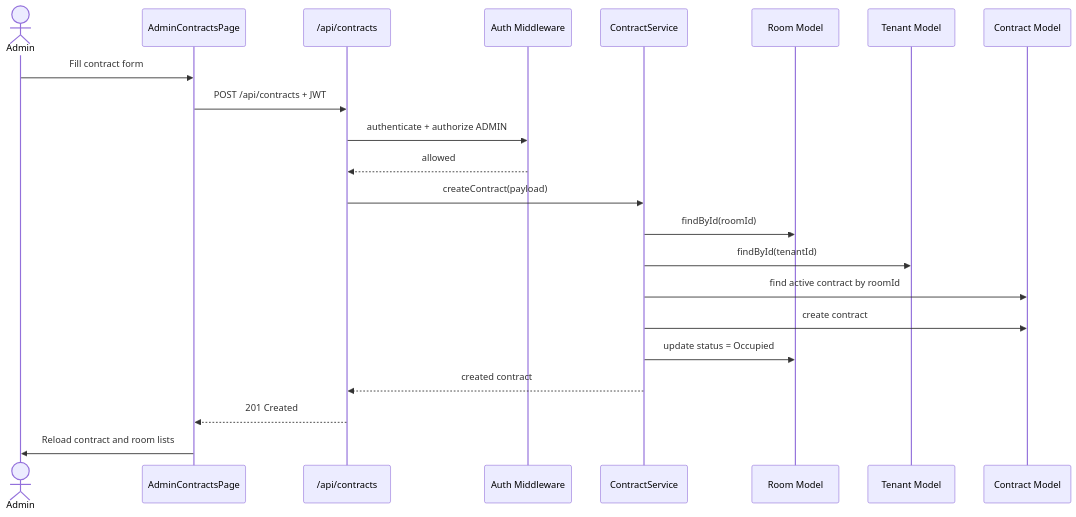
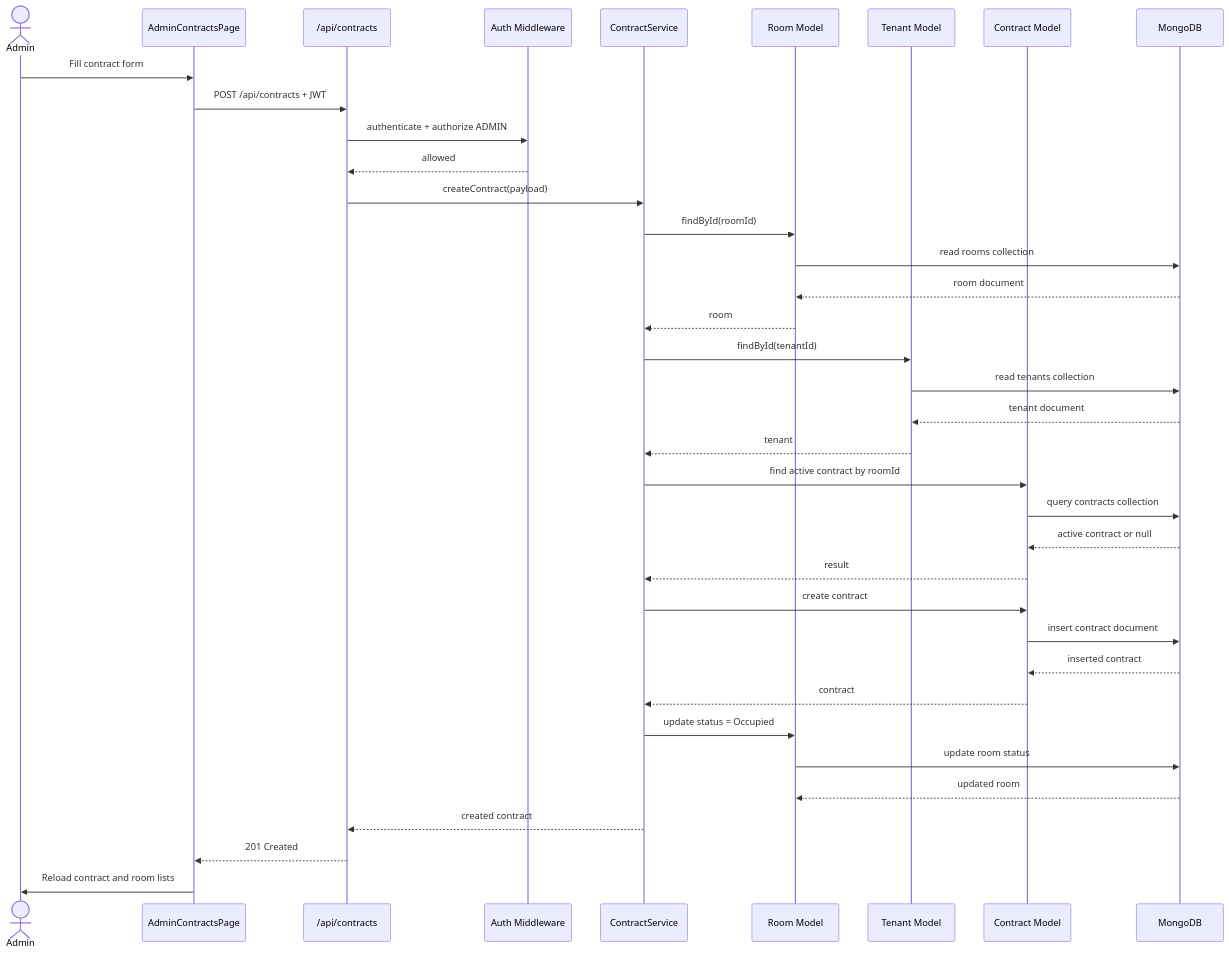
One commit to datphan3201/room-rental-management-software changed diagram 16 of 23 in docs/SYSTEM_REPORT.md. Above: the diagram before and after it, drawn with Mermaid. The commit also changed other lines of this file and 41 other files, not shown here.

````diff
--- a/docs/SYSTEM_REPORT.md
+++ b/docs/SYSTEM_REPORT.md
@@ -1112,25 +1144,40 @@
 ```mermaid
 sequenceDiagram
   actor Admin
   participant UI as AdminContractsPage
   participant API as /api/contracts
   participant Middleware as Auth Middleware
   participant Service as ContractService
   participant Room as Room Model
   participant Tenant as Tenant Model
   participant Contract as Contract Model
+  participant DB as MongoDB
 
   Admin->>UI: Fill contract form
   UI->>API: POST /api/contracts + JWT
   API->>Middleware: authenticate + authorize ADMIN
   Middleware-->>API: allowed
   API->>Service: createContract(payload)
   Service->>Room: findById(roomId)
+  Room->>DB: read rooms collection
+  DB-->>Room: room document
+  Room-->>Service: room
   Service->>Tenant: findById(tenantId)
+  Tenant->>DB: read tenants collection
+  DB-->>Tenant: tenant document
+  Tenant-->>Service: tenant
   Service->>Contract: find active contract by roomId
+  Contract->>DB: query contracts collection
+  DB-->>Contract: active contract or null
+  Contract-->>Service: result
   Service->>Contract: create contract
+  Contract->>DB: insert contract document
+  DB-->>Contract: inserted contract
+  Contract-->>Service: contract
   Service->>Room: update status = Occupied
+  Room->>DB: update room status
+  DB-->>Room: updated room
   Service-->>API: created contract
   API-->>UI: 201 Created
   UI->>Admin: Reload contract and room lists
 ```
````
